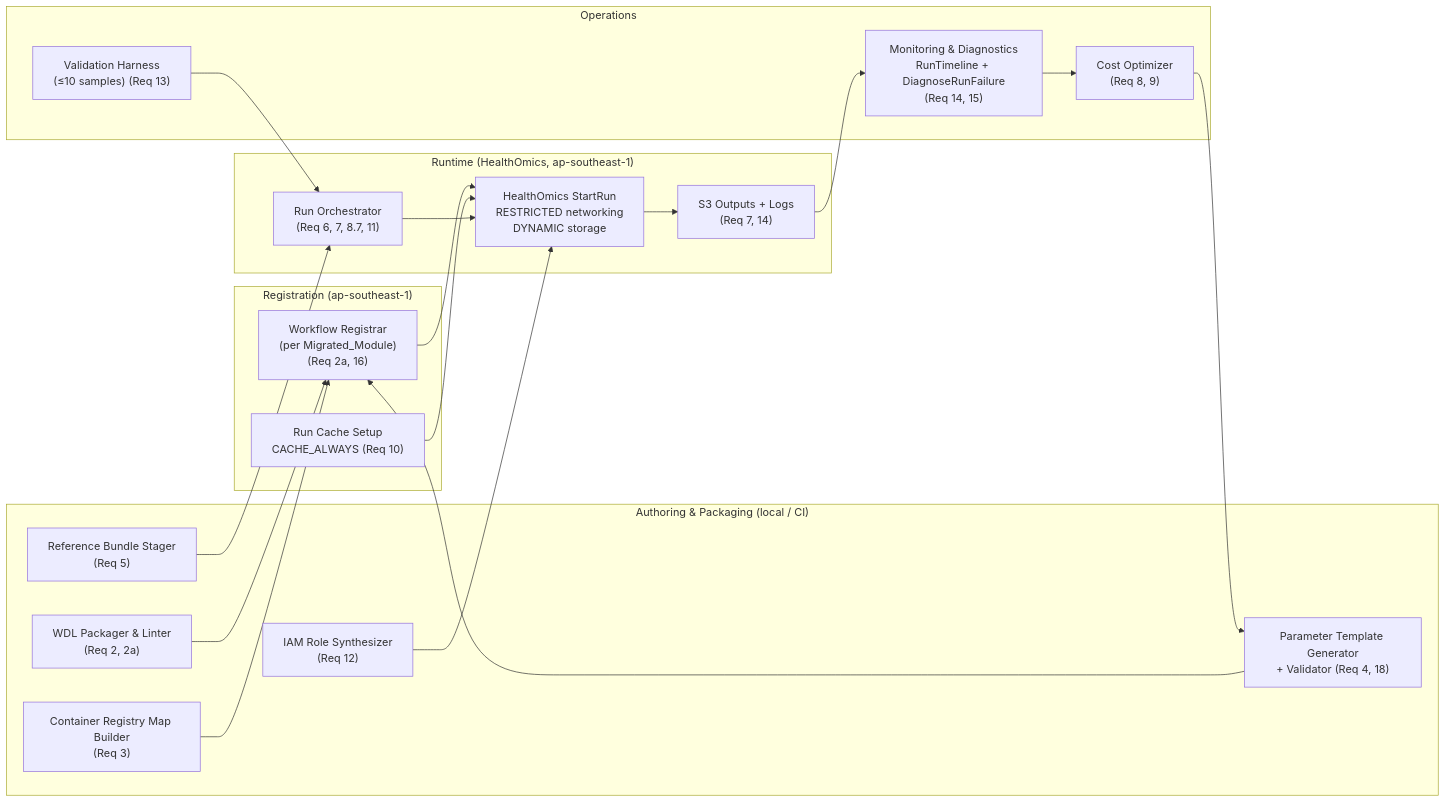
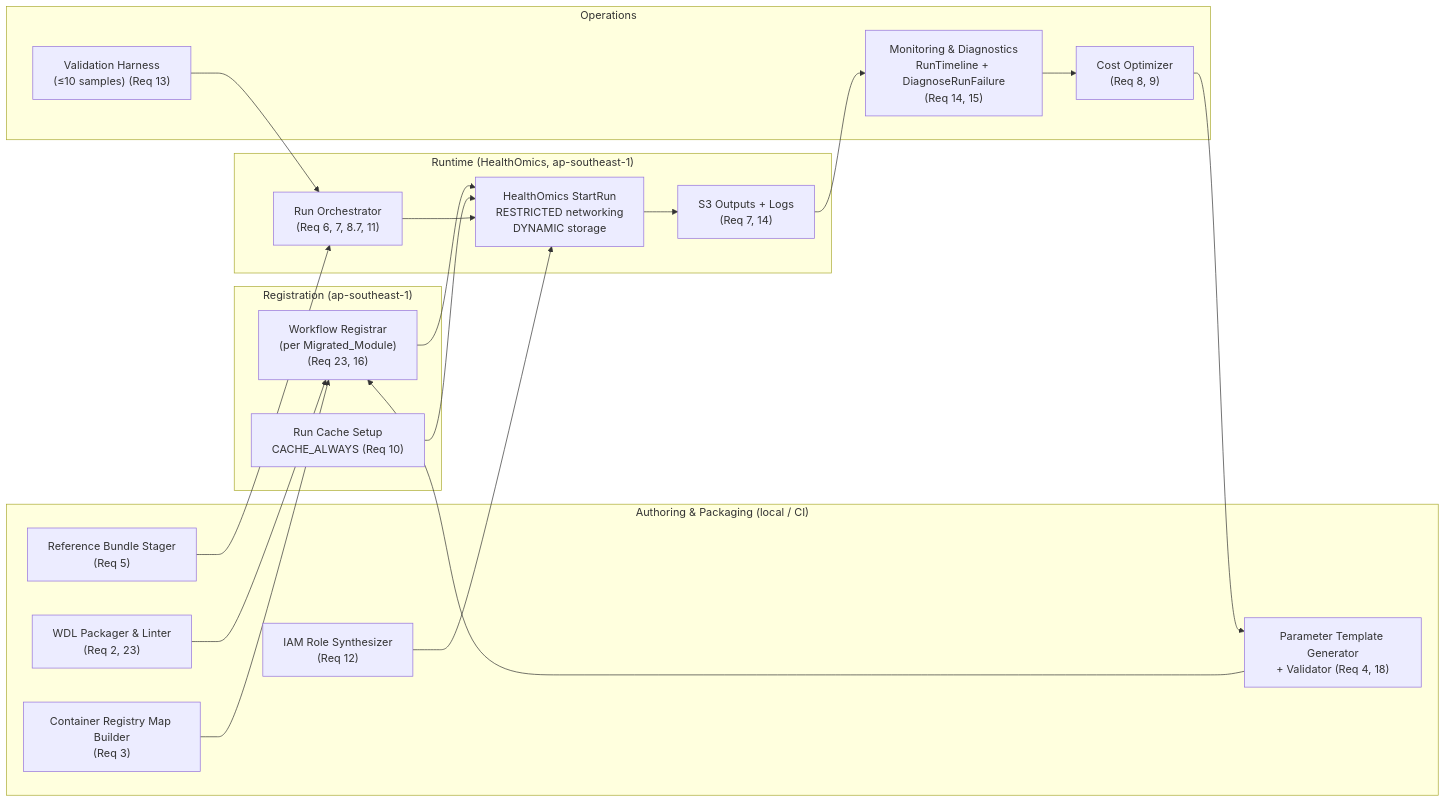
One commit to cleewh/gatk-sv-aws changed the first of 2 diagrams in .kiro/specs/gatk-sv-healthomics-migration/design.md. Above: the diagram before and after it, drawn with Mermaid. The commit also changed other lines of this file and 21 other files, not shown here.

````diff
--- a/.kiro/specs/gatk-sv-healthomics-migration/design.md
+++ b/.kiro/specs/gatk-sv-healthomics-migration/design.md
@@ -11,41 +11,41 @@
 ```mermaid
 flowchart LR
     subgraph Authoring["Authoring & Packaging (local / CI)"]
-        PKG["WDL Packager &amp; Linter<br/>(Req 2, 2a)"]
+        PKG["WDL Packager &amp; Linter<br/>(Req 2, 23)"]
         CRMB["Container Registry Map Builder<br/>(Req 3)"]
         PTG["Parameter Template Generator<br/>+ Validator (Req 4, 18)"]
         RBS["Reference Bundle Stager<br/>(Req 5)"]
         IAM["IAM Role Synthesizer<br/>(Req 12)"]
     end
 
     subgraph Registration["Registration (ap-southeast-1)"]
-        REG["Workflow Registrar<br/>(per Migrated_Module)<br/>(Req 2a, 16)"]
+        REG["Workflow Registrar<br/>(per Migrated_Module)<br/>(Req 23, 16)"]
         RC["Run Cache Setup<br/>CACHE_ALWAYS (Req 10)"]
     end
 
     subgraph Runtime["Runtime (HealthOmics, ap-southeast-1)"]
         ORCH["Run Orchestrator<br/>(Req 6, 7, 8.7, 11)"]
         HO["HealthOmics StartRun<br/>RESTRICTED networking<br/>DYNAMIC storage"]
         OUT["S3 Outputs + Logs<br/>(Req 7, 14)"]
     end
 
     subgraph Ops["Operations"]
         COST["Cost Optimizer<br/>(Req 8, 9)"]
         MON["Monitoring &amp; Diagnostics<br/>RunTimeline + DiagnoseRunFailure<br/>(Req 14, 15)"]
         VAL["Validation Harness<br/>(≤10 samples) (Req 13)"]
     end
 
     PKG --> REG
     CRMB --> REG
     PTG --> REG
     RBS --> ORCH
     IAM --> HO
     REG --> HO
     RC --> HO
     ORCH --> HO
     HO --> OUT
     OUT --> MON
     MON --> COST
     COST --> PTG
     VAL --> ORCH
 ```
````
